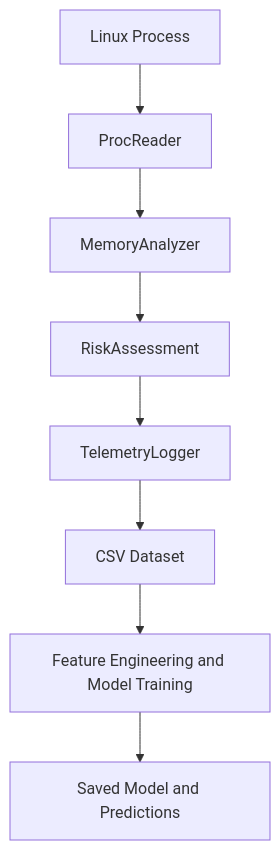
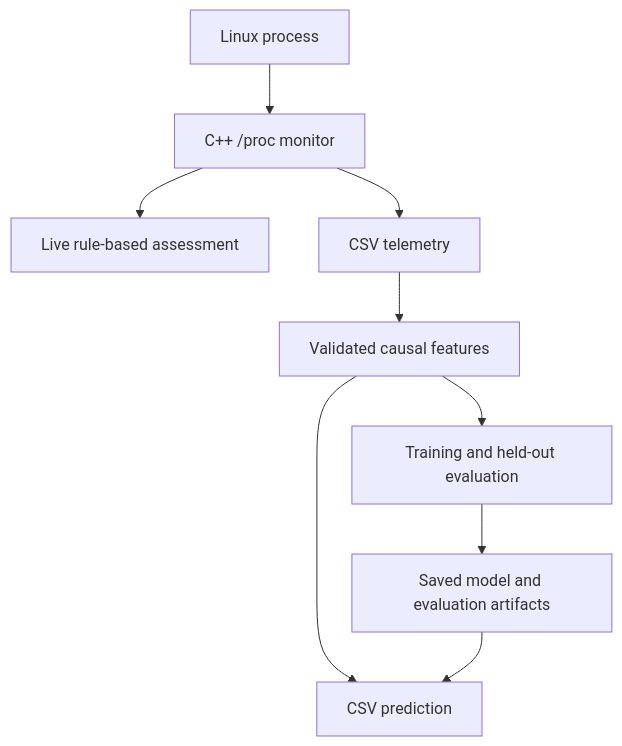
One commit to leslieraya555/MemoryMedic changed the diagram in README.md. Above: the diagram before and after it, drawn with Mermaid. The commit also changed other lines of this file and 1 other file, not shown here.

Commit message:
Document verified tests and evaluation results

````diff
--- a/README.md
+++ b/README.md
@@ -52,10 +56,11 @@
 ```mermaid
 flowchart TD
-    A[Linux Process] --> B[ProcReader]
-    B --> C[MemoryAnalyzer]
-    C --> D[RiskAssessment]
-    D --> E[TelemetryLogger]
-    E --> F[CSV Dataset]
-    F --> G[Feature Engineering and Model Training]
-    G --> H[Saved Model and Predictions]
+    A["Linux process"] --> B["C++ /proc monitor"]
+    B --> C["Live rule-based assessment"]
+    B --> D["CSV telemetry"]
+    D --> E["Validated causal features"]
+    E --> F["Training and held-out evaluation"]
+    E --> G["CSV prediction"]
+    F --> H["Saved model and evaluation artifacts"]
+    H --> G
 ```
````
